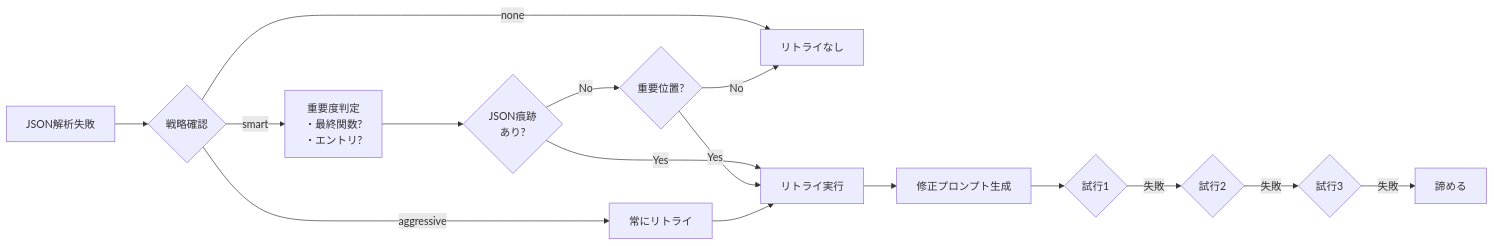
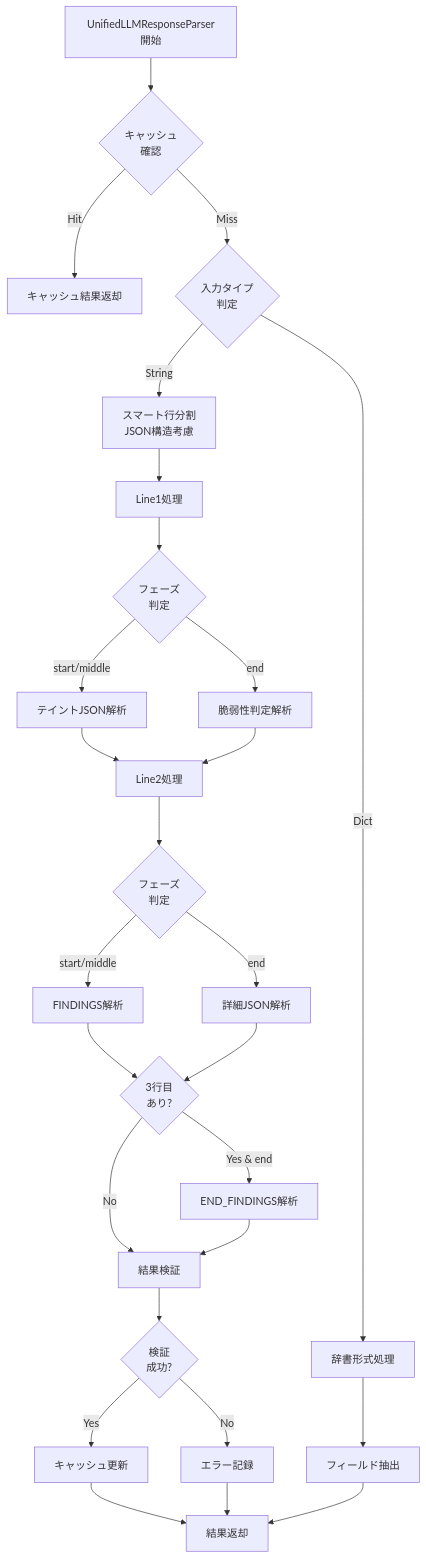
One commit to ta-061/tee-flow-inspector changed the ninth of 24 diagrams in Document/Process_Flow.md. Above: the diagram before and after it, drawn with Mermaid. The commit also changed other lines of this file and 2 other files, not shown here.

````diff
--- a/Document/Process_Flow.md
+++ b/Document/Process_Flow.md
@@ -551,20 +516,41 @@
 ```mermaid
-graph LR
-    JSONFail[JSON解析失敗] --> CheckStrategy{戦略確認}
-    CheckStrategy -->|smart| CheckImportance[重要度判定<br/>・最終関数?<br/>・エントリ?]
-    CheckStrategy -->|aggressive| AlwaysRetry[常にリトライ]
-    CheckStrategy -->|none| NoRetry[リトライなし]
+graph TB
+    ParseStart[UnifiedLLMResponseParser開始]
+    ParseStart --> CheckCache{キャッシュ<br/>確認}
     
-    CheckImportance --> HasJSONTrace{JSON痕跡<br/>あり?}
-    HasJSONTrace -->|Yes| DoRetry[リトライ実行]
-    HasJSONTrace -->|No| CheckPosition{重要位置?}
-    CheckPosition -->|Yes| DoRetry
-    CheckPosition -->|No| NoRetry
+    CheckCache -->|Hit| ReturnCached[キャッシュ結果返却]
+    CheckCache -->|Miss| CheckType{入力タイプ<br/>判定}
     
-    AlwaysRetry --> DoRetry
-    DoRetry --> CreatePrompt[修正プロンプト生成]
-    CreatePrompt --> Attempt1{試行1}
-    Attempt1 -->|失敗| Attempt2{試行2}
-    Attempt2 -->|失敗| Attempt3{試行3}
-    Attempt3 -->|失敗| GiveUp[諦める]
+    CheckType -->|Dict| HandleDict[辞書形式処理]
+    CheckType -->|String| SplitLines[スマート行分割<br/>JSON構造考慮]
+    
+    SplitLines --> ProcessLine1[Line1処理]
+    ProcessLine1 --> Phase1{フェーズ<br/>判定}
+    
+    Phase1 -->|start/middle| ParseTaint[テイントJSON解析]
+    Phase1 -->|end| ParseVuln[脆弱性判定解析]
+    
+    ParseTaint --> ProcessLine2[Line2処理]
+    ParseVuln --> ProcessLine2
+    
+    ProcessLine2 --> Phase2{フェーズ<br/>判定}
+    Phase2 -->|start/middle| ParseFindings[FINDINGS解析]
+    Phase2 -->|end| ParseDetails[詳細JSON解析]
+    
+    ParseFindings --> CheckLine3{3行目<br/>あり?}
+    ParseDetails --> CheckLine3
+    
+    CheckLine3 -->|Yes & end| ParseEndFindings[END_FINDINGS解析]
+    CheckLine3 -->|No| ValidateResult[結果検証]
+    ParseEndFindings --> ValidateResult
+    
+    ValidateResult --> Success{検証<br/>成功?}
+    Success -->|Yes| UpdateCache[キャッシュ更新]
+    Success -->|No| RecordError[エラー記録]
+    
+    UpdateCache --> ReturnResult[結果返却]
+    RecordError --> ReturnResult
+    
+    HandleDict --> ExtractFields[フィールド抽出]
+    ExtractFields --> ReturnResult
 ```
````
